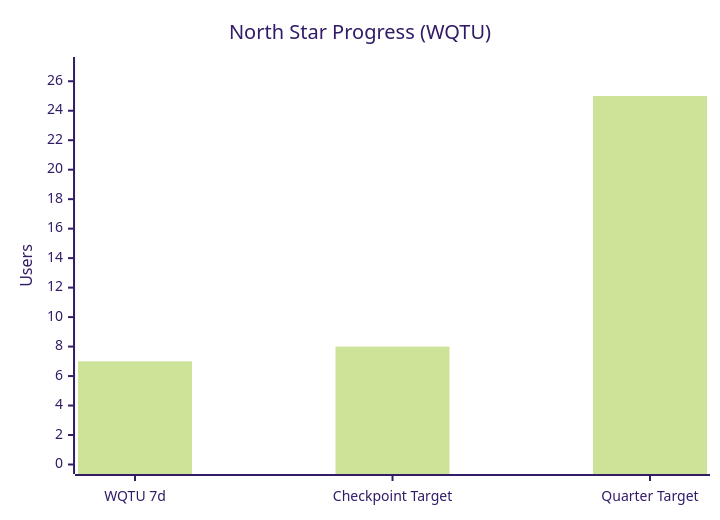
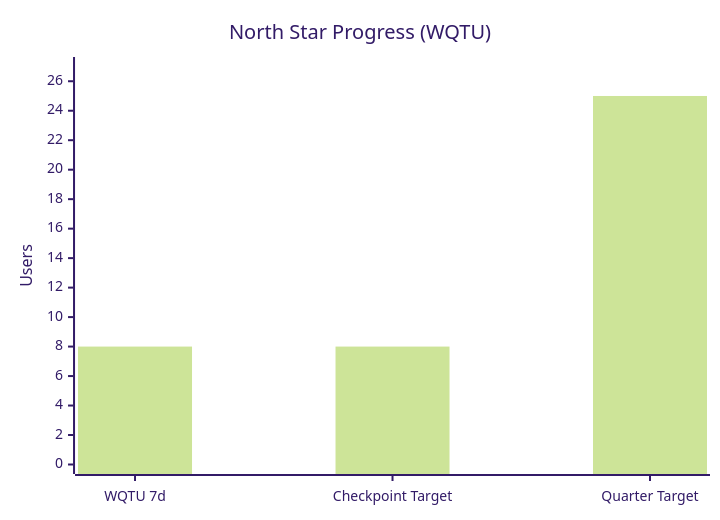
The second of 4 diagrams in wiki/Paid-Acquisition.md (IgorGanapolsky/Random-Timer), drawn with Mermaid (forest theme) before and after one commit. The commit also changed other lines of this file and 10 other files, not shown here.

````diff
--- a/wiki/Paid-Acquisition.md
+++ b/wiki/Paid-Acquisition.md
@@ -50,7 +50,7 @@
 ```mermaid
 xychart-beta
     title "North Star Progress (WQTU)"
     x-axis ["WQTU 7d" , "Checkpoint Target" , "Quarter Target"]
     y-axis "Users" 0 --> 27
-    bar [7 , 8 , 25]
+    bar [8 , 8 , 25]
 ```
````
